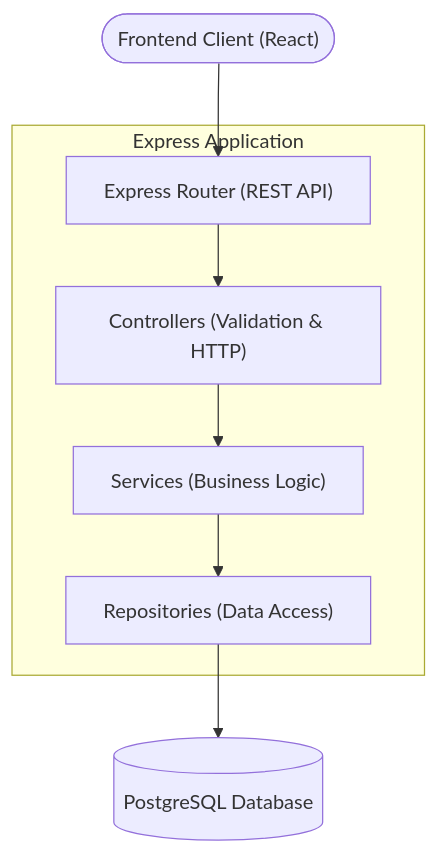
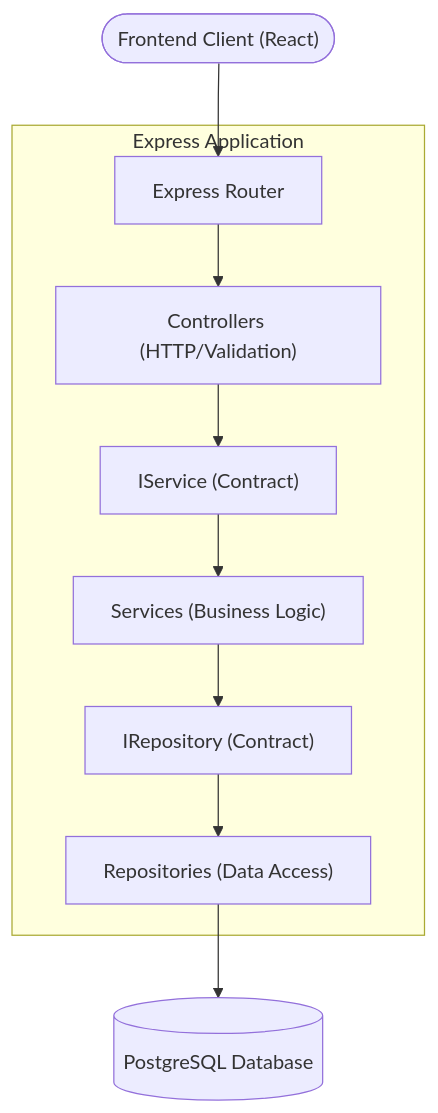
Before and after one commit to udaaraSH23/TrekDeskAI: the first of 2 diagrams in trekdesk-backend-prod/docs/01_System_Architecture.md, drawn with Mermaid. The commit also changed other lines of this file and 62 other files, not shown here.

````diff
--- a/trekdesk-backend-prod/docs/01_System_Architecture.md
+++ b/trekdesk-backend-prod/docs/01_System_Architecture.md
@@ -15,12 +16,14 @@
 ```mermaid
 flowchart TD
     Client(["Frontend Client (React)"]) --> Router
 
     subgraph Express Application
-        Router["Express Router (REST API)"] --> Controller["Controllers (Validation & HTTP)"]
-        Controller --> Service["Services (Business Logic)"]
-        Service --> Repository["Repositories (Data Access)"]
+        Router["Express Router"] --> Controller["Controllers (HTTP/Validation)"]
+        Controller --> IService["IService (Contract)"]
+        IService --> Service["Services (Business Logic)"]
+        Service --> IRepo["IRepository (Contract)"]
+        IRepo --> Repository["Repositories (Data Access)"]
     end
 
     Repository --> Database[("PostgreSQL Database")]
 ```
````
